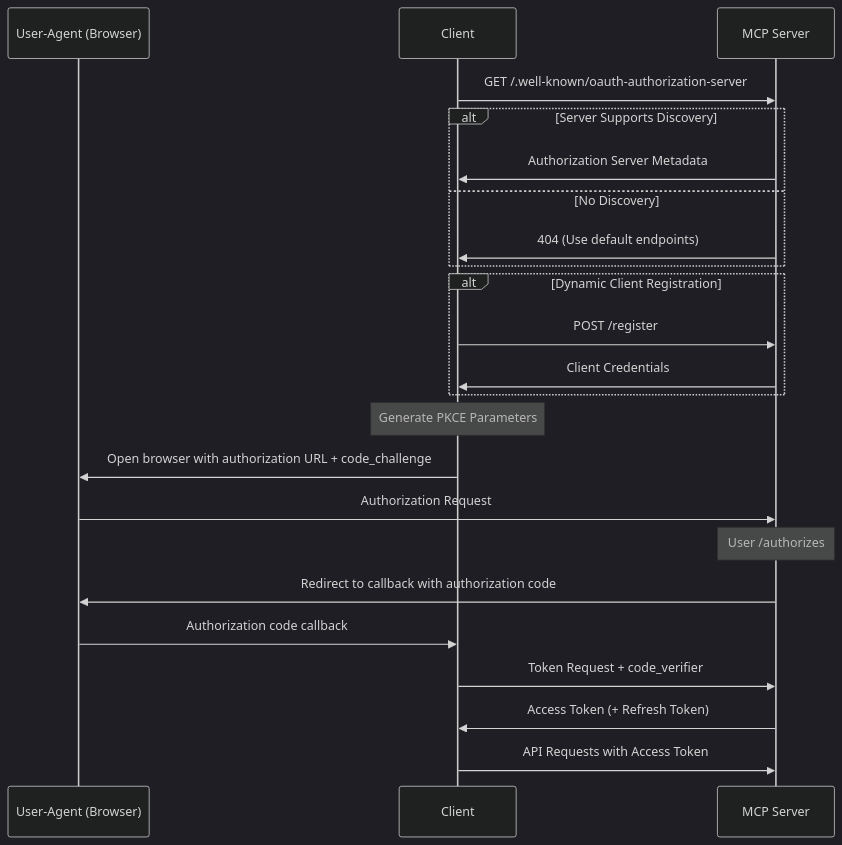
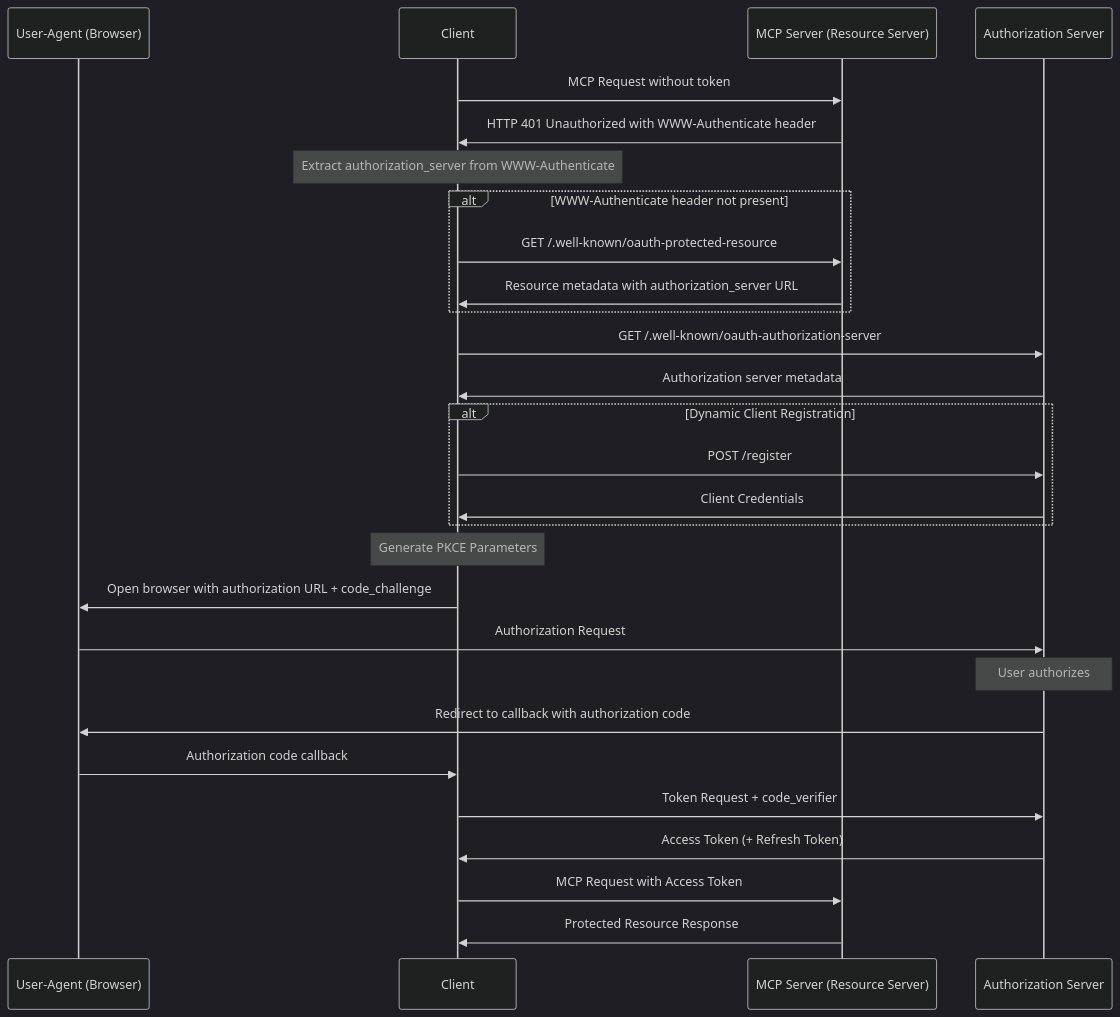
The second of 3 diagrams in docs/specification/2025-03-26/basic/authorization.mdx (modelcontextprotocol/specification), drawn with Mermaid (dark theme) before and after one commit. The commit also changed other lines of this file, not shown here.

Commit message:
authorization: separate AS/RS

````diff
--- a/docs/specification/2025-03-26/basic/authorization.mdx
+++ b/docs/specification/2025-03-26/basic/authorization.mdx
@@ -207,28 +170,35 @@
 ```mermaid
 sequenceDiagram
     participant B as User-Agent (Browser)
     participant C as Client
-    participant M as MCP Server
+    participant M as MCP Server (Resource Server)
+    participant A as Authorization Server
 
-    C->>M: GET /.well-known/oauth-authorization-server
-    alt Server Supports Discovery
-        M->>C: Authorization Server Metadata
-    else No Discovery
-        M->>C: 404 (Use default endpoints)
+    C->>M: MCP Request without token
+    M->>C: HTTP 401 Unauthorized with WWW-Authenticate header
+    Note over C: Extract authorization_server from WWW-Authenticate
+
+    alt WWW-Authenticate header not present
+        C->>M: GET /.well-known/oauth-protected-resource
+        M->>C: Resource metadata with authorization_server URL
     end
 
+    C->>A: GET /.well-known/oauth-authorization-server
+    A->>C: Authorization server metadata
+
     alt Dynamic Client Registration
-        C->>M: POST /register
-        M->>C: Client Credentials
+        C->>A: POST /register
+        A->>C: Client Credentials
     end
 
     Note over C: Generate PKCE Parameters
     C->>B: Open browser with authorization URL + code_challenge
-    B->>M: Authorization Request
-    Note over M: User /authorizes
-    M->>B: Redirect to callback with authorization code
+    B->>A: Authorization Request
+    Note over A: User authorizes
+    A->>B: Redirect to callback with authorization code
     B->>C: Authorization code callback
-    C->>M: Token Request + code_verifier
-    M->>C: Access Token (+ Refresh Token)
-    C->>M: API Requests with Access Token
+    C->>A: Token Request + code_verifier
+    A->>C: Access Token (+ Refresh Token)
+    C->>M: MCP Request with Access Token
+    M->>C: Protected Resource Response
 ```
````
